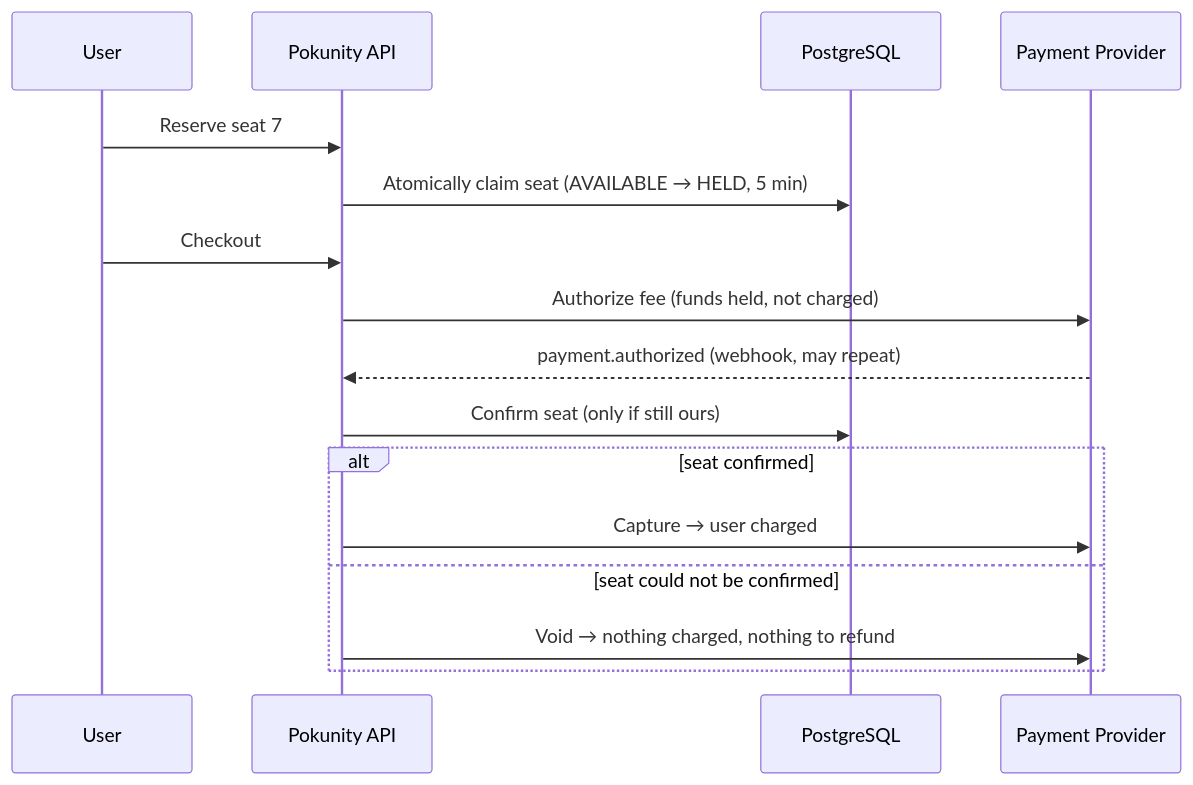
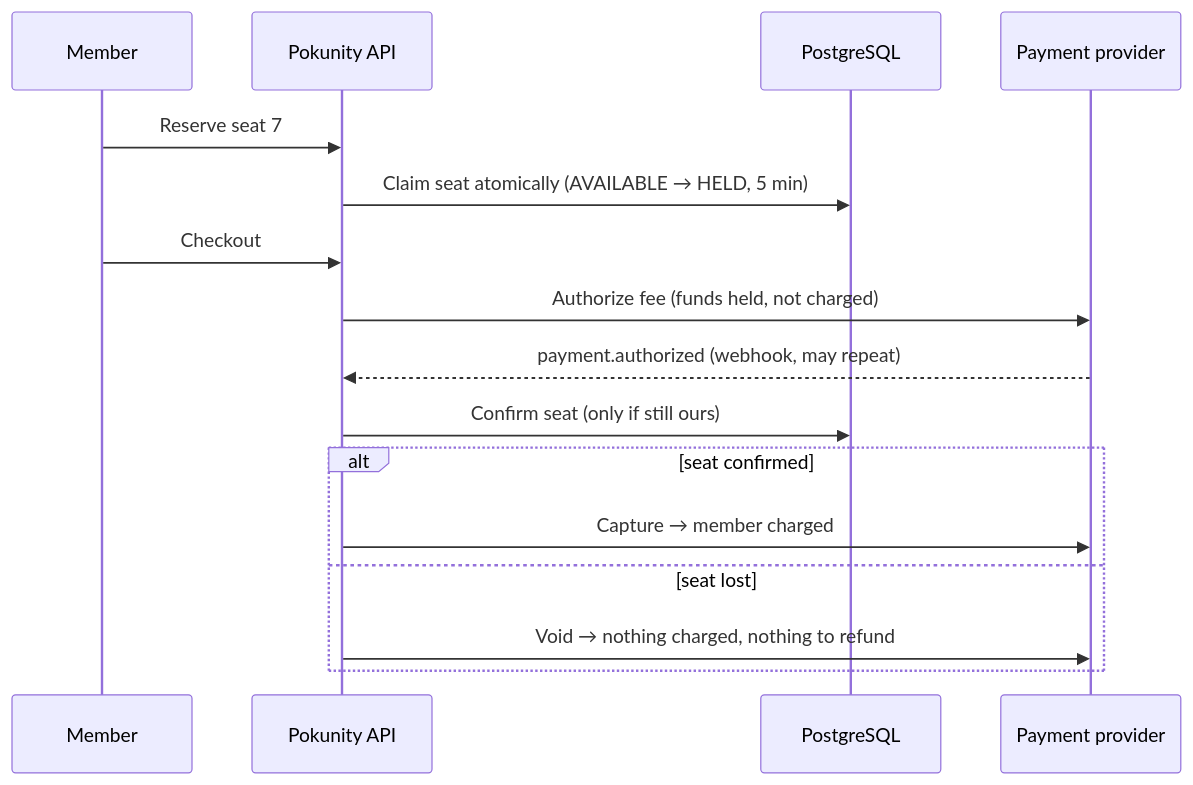
The diagram in README.md (ehamamrah/Pokunity), drawn with Mermaid before and after one commit. The commit also changed other lines of this file, not shown here.

````diff
--- a/README.md
+++ b/README.md
@@ -52,18 +89,18 @@
 ```mermaid
 sequenceDiagram
-  participant U as User
+  participant U as Member
   participant API as Pokunity API
   participant DB as PostgreSQL
-  participant P as Payment Provider
+  participant P as Payment provider
   U->>API: Reserve seat 7
-  API->>DB: Atomically claim seat (AVAILABLE → HELD, 5 min)
+  API->>DB: Claim seat atomically (AVAILABLE → HELD, 5 min)
   U->>API: Checkout
   API->>P: Authorize fee (funds held, not charged)
   P-->>API: payment.authorized (webhook, may repeat)
   API->>DB: Confirm seat (only if still ours)
   alt seat confirmed
-    API->>P: Capture → user charged
-  else seat could not be confirmed
+    API->>P: Capture → member charged
+  else seat lost
     API->>P: Void → nothing charged, nothing to refund
   end
 ```
````
